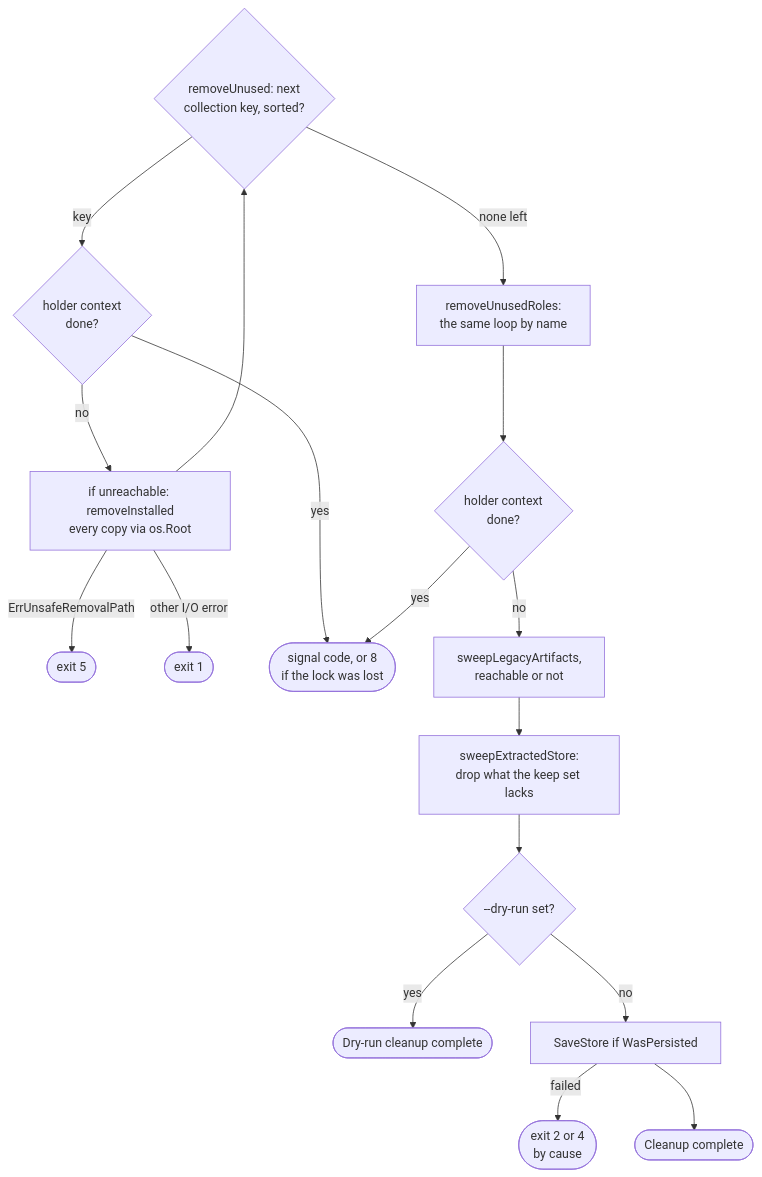
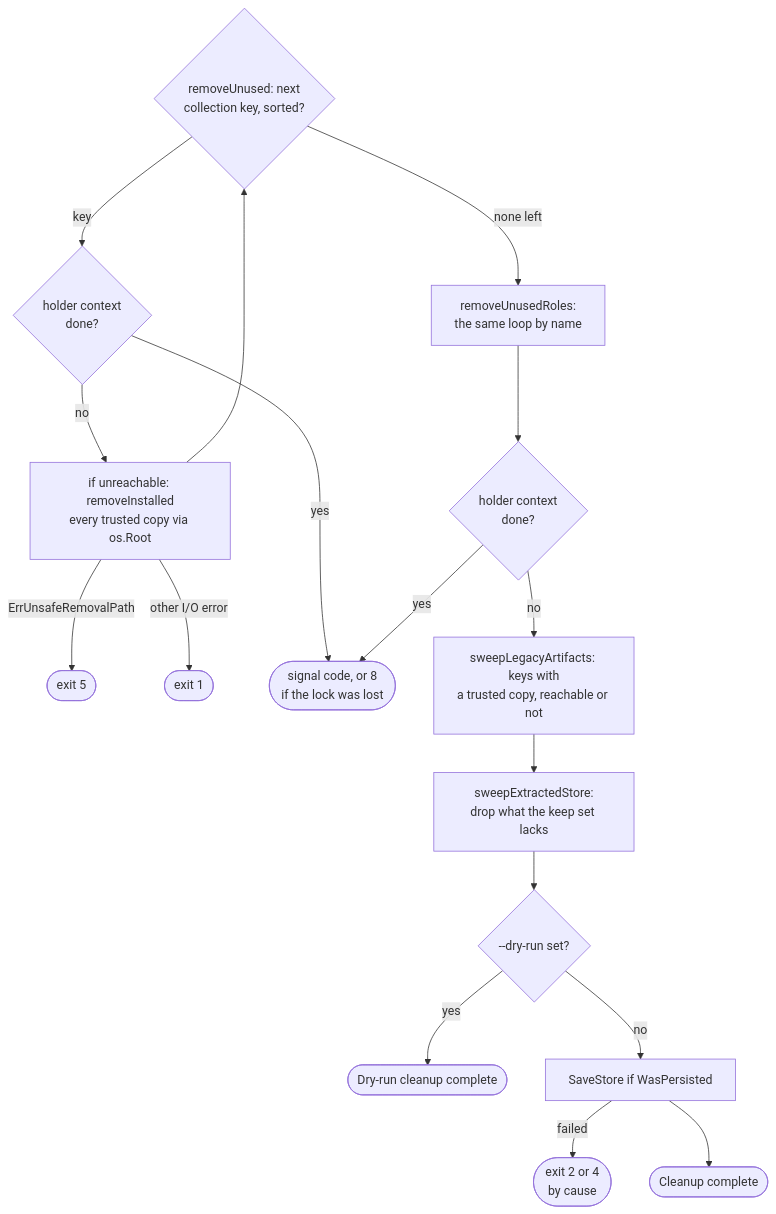
Before and after one commit to greeddj/go-galaxy: the third of 3 diagrams in docs/internals/flow-cleanup.md, drawn with Mermaid. The commit also changed other lines of this file and 27 other files, not shown here.

````diff
--- a/docs/internals/flow-cleanup.md
+++ b/docs/internals/flow-cleanup.md
@@ -86,19 +91,19 @@
 ```mermaid
 flowchart TD
     C{"removeUnused: next<br/>collection key, sorted?"} -->|"key"| CC{"holder context<br/>done?"}
-    CC -->|"no"| CR["if unreachable: removeInstalled<br/>every copy via os.Root"]
+    CC -->|"no"| CR["if unreachable: removeInstalled<br/>every trusted copy via os.Root"]
     CR --> C
     CR -->|"ErrUnsafeRemovalPath"| X5(["exit 5"])
     CR -->|"other I/O error"| X1(["exit 1"])
     CC -->|"yes"| XC(["signal code, or 8<br/>if the lock was lost"])
     C -->|"none left"| R["removeUnusedRoles:<br/>the same loop by name"]
     R --> CX{"holder context<br/>done?"}
     CX -->|"yes"| XC
-    CX -->|"no"| LG["sweepLegacyArtifacts,<br/>reachable or not"]
+    CX -->|"no"| LG["sweepLegacyArtifacts: keys with<br/>a trusted copy, reachable or not"]
     LG --> EX["sweepExtractedStore:<br/>drop what the keep set lacks"]
     EX --> FN{"--dry-run set?"}
     FN -->|"yes"| DR(["Dry-run cleanup complete"])
     FN -->|"no"| SV["SaveStore if WasPersisted"]
     SV -->|"failed"| XS(["exit 2 or 4<br/>by cause"])
     SV --> DN(["Cleanup complete"])
 ```
````
